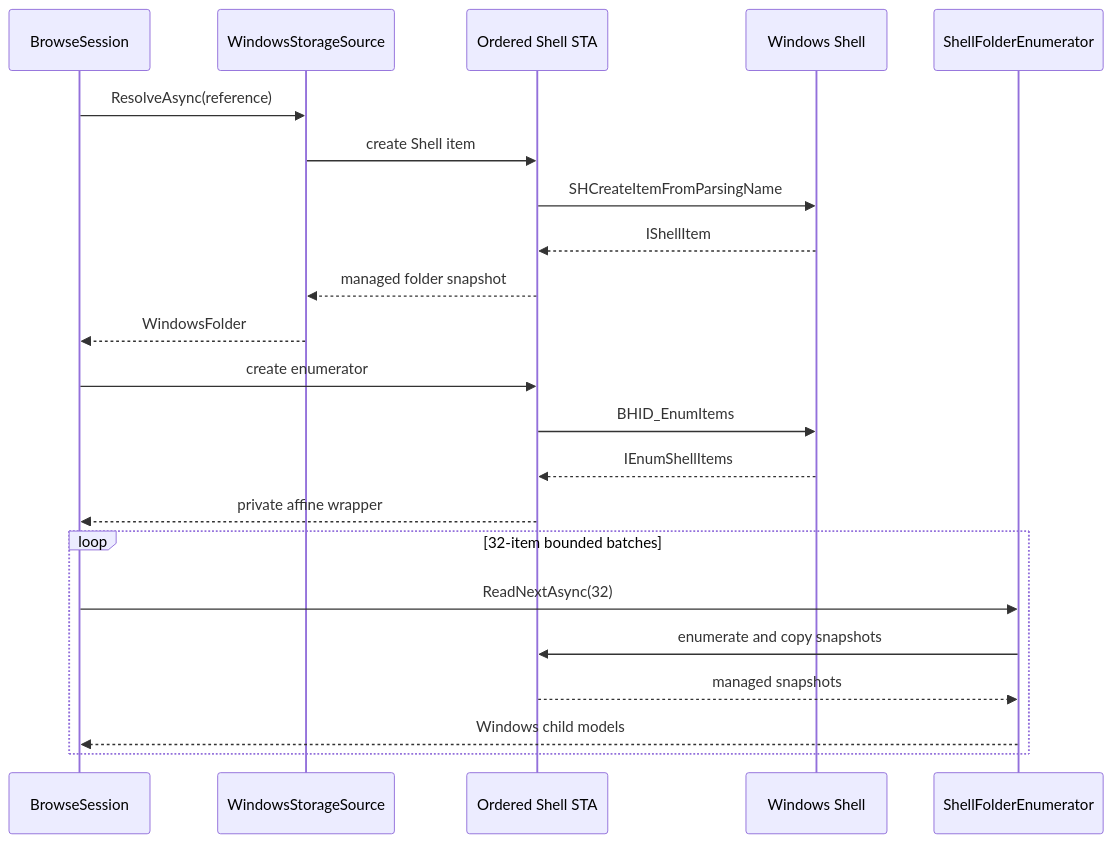
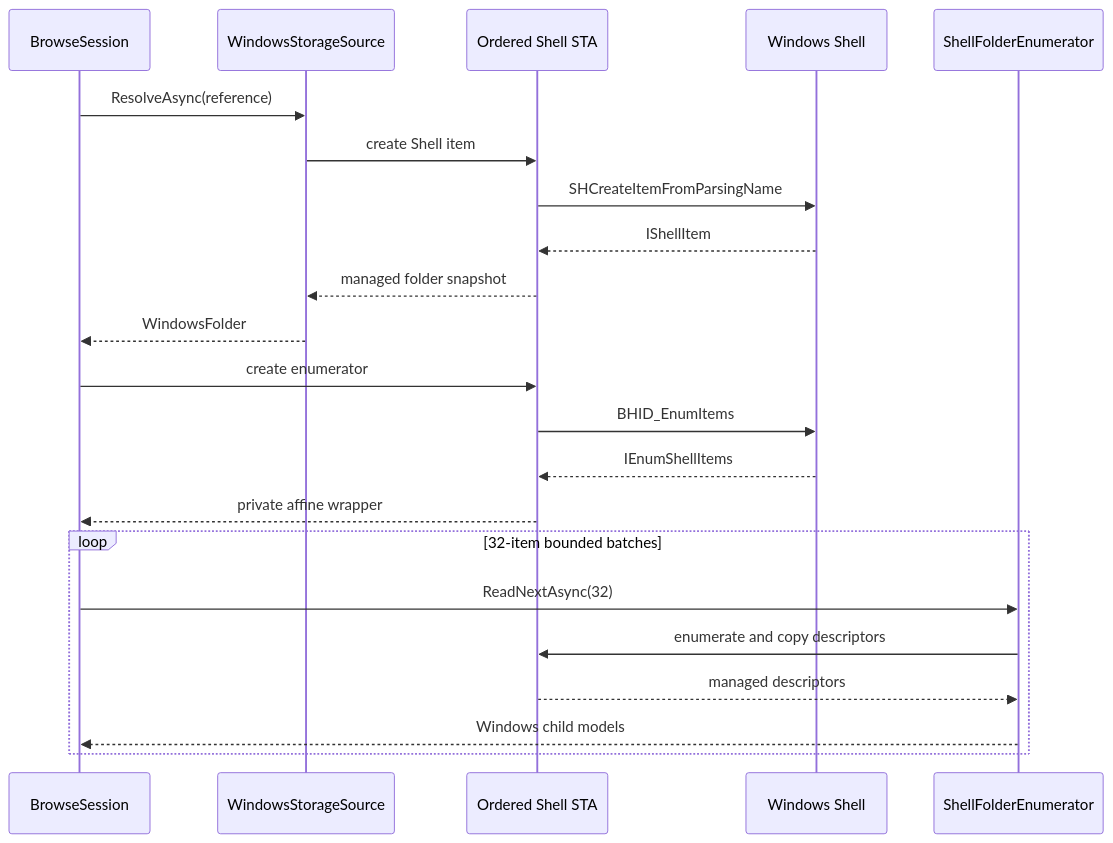
The fourth of 5 diagrams in docs/architecture/windows-storage.md (0x5bfa/Files), drawn with Mermaid before and after one commit. The commit also changed other lines of this file and 21 other files, not shown here.

````diff
--- a/docs/architecture/windows-storage.md
+++ b/docs/architecture/windows-storage.md
@@ -94,25 +118,25 @@
 ```mermaid
 sequenceDiagram
     participant Session as BrowseSession
     participant Source as WindowsStorageSource
     participant STA as Ordered Shell STA
     participant Shell as Windows Shell
     participant Enum as ShellFolderEnumerator
 
     Session->>Source: ResolveAsync(reference)
     Source->>STA: create Shell item
     STA->>Shell: SHCreateItemFromParsingName
     Shell-->>STA: IShellItem
     STA-->>Source: managed folder snapshot
     Source-->>Session: WindowsFolder
     Session->>STA: create enumerator
     STA->>Shell: BHID_EnumItems
     Shell-->>STA: IEnumShellItems
     STA-->>Session: private affine wrapper
     loop 32-item bounded batches
         Session->>Enum: ReadNextAsync(32)
-        Enum->>STA: enumerate and copy snapshots
-        STA-->>Enum: managed snapshots
+        Enum->>STA: enumerate and copy descriptors
+        STA-->>Enum: managed descriptors
         Enum-->>Session: Windows child models
     end
 ```
````
